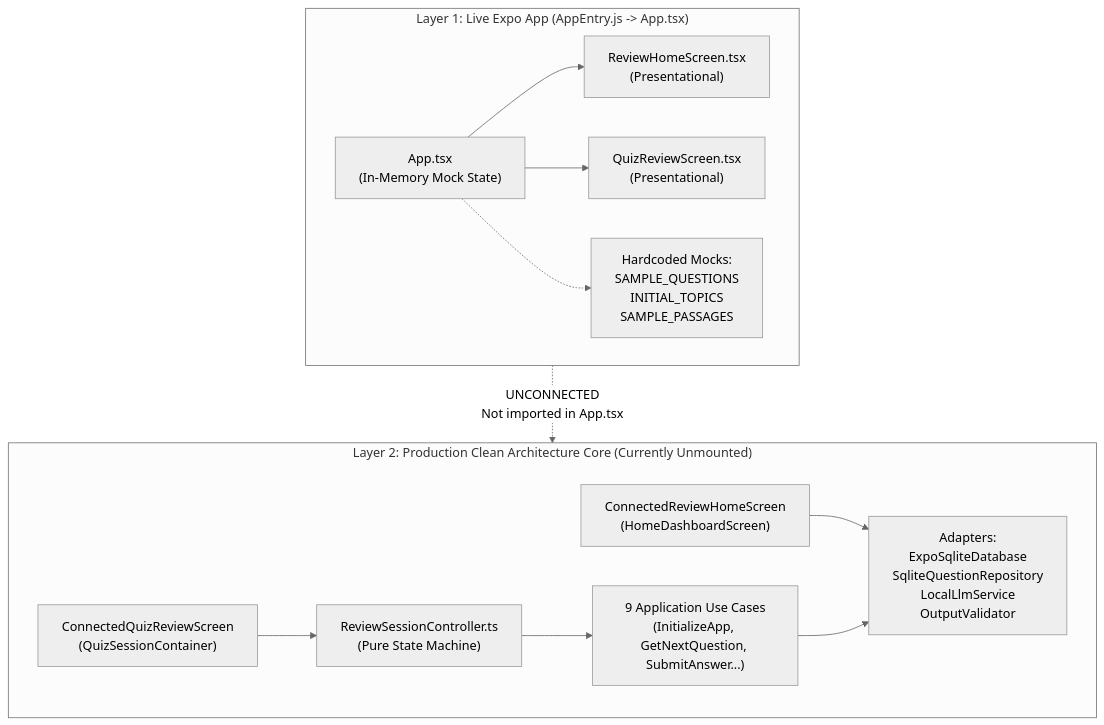
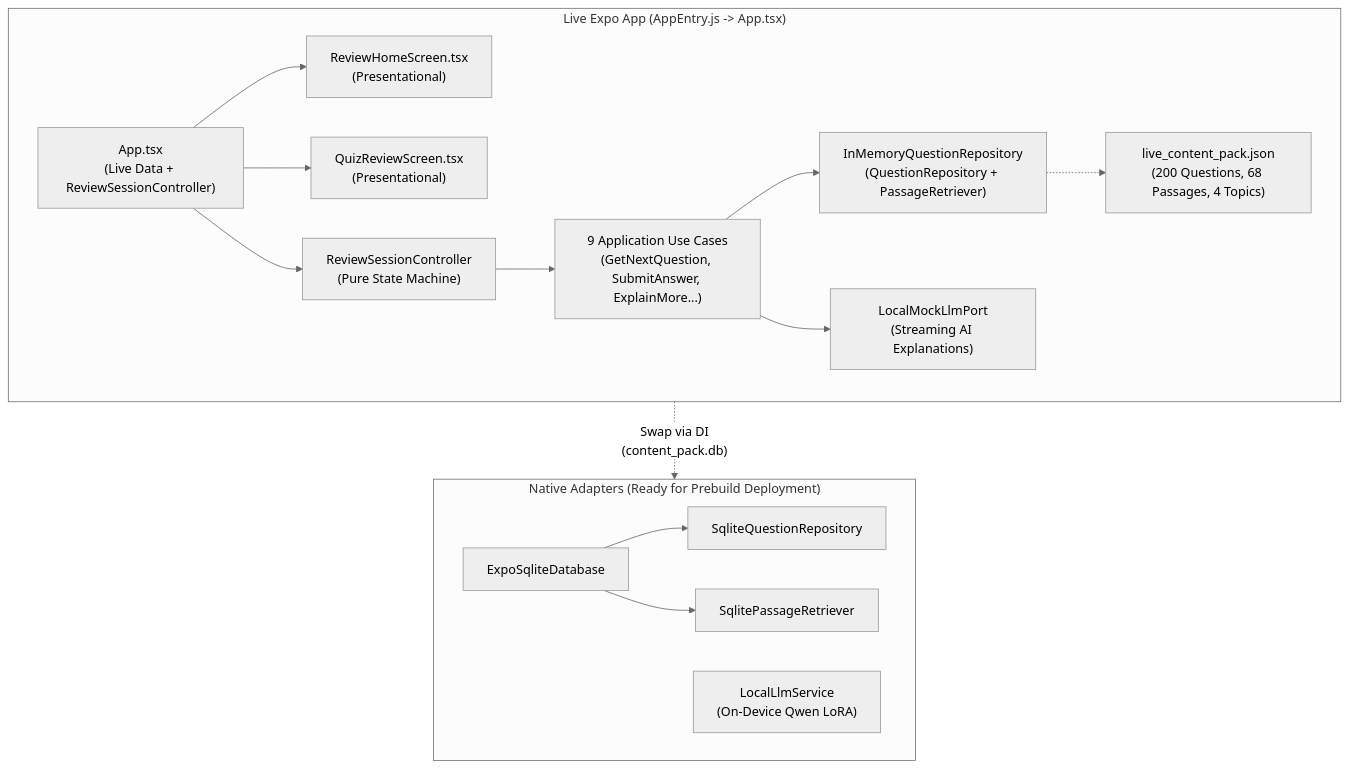
One commit to RaymundGerardReyes/Mobile_RAG changed the first of 2 diagrams in mobile/FRONTEND_LOGIC_DOCUMENTATION.md. Above: the diagram before and after it, drawn with Mermaid (neutral theme). The commit also changed other lines of this file and 12 other files, not shown here.

````diff
--- a/mobile/FRONTEND_LOGIC_DOCUMENTATION.md
+++ b/mobile/FRONTEND_LOGIC_DOCUMENTATION.md
@@ -23,27 +27,31 @@
 ```mermaid
 flowchart TD
-    subgraph LIVE_EXPO_RUNTIME["Layer 1: Live Expo App (AppEntry.js -> App.tsx)"]
-        APP["App.tsx\n(In-Memory Mock State)"]
+    subgraph LIVE_EXPO_RUNTIME["Live Expo App (AppEntry.js -> App.tsx)"]
+        APP["App.tsx\n(Live Data + ReviewSessionController)"]
         HOME_UI["ReviewHomeScreen.tsx\n(Presentational)"]
         QUIZ_UI["QuizReviewScreen.tsx\n(Presentational)"]
-        MOCK_DATA["Hardcoded Mocks:\nSAMPLE_QUESTIONS\nINITIAL_TOPICS\nSAMPLE_PASSAGES"]
+        LIVE_DATA["live_content_pack.json\n(200 Questions, 68 Passages, 4 Topics)"]
+        REPO["InMemoryQuestionRepository\n(QuestionRepository + PassageRetriever)"]
+        CTRL["ReviewSessionController\n(Pure State Machine)"]
+        USE_CASES["9 Application Use Cases\n(GetNextQuestion, SubmitAnswer, ExplainMore...)"]
+        LLM["LocalMockLlmPort\n(Streaming AI Explanations)"]
         APP --> HOME_UI
         APP --> QUIZ_UI
-        APP -.-> MOCK_DATA
+        APP --> CTRL
+        CTRL --> USE_CASES
+        USE_CASES --> REPO
+        USE_CASES --> LLM
+        REPO -.-> LIVE_DATA
     end
 
-    subgraph DISCONNECTED_PRODUCTION_CORE["Layer 2: Production Clean Architecture Core (Currently Unmounted)"]
-        CONN_HOME["ConnectedReviewHomeScreen\n(HomeDashboardScreen)"]
-        CONN_QUIZ["ConnectedQuizReviewScreen\n(QuizSessionContainer)"]
-        CTRL["ReviewSessionController.ts\n(Pure State Machine)"]
-        USE_CASES["9 Application Use Cases\n(InitializeApp, GetNextQuestion, SubmitAnswer...)"]
-        DATA_AI["Adapters:\nExpoSqliteDatabase\nSqliteQuestionRepository\nLocalLlmService\nOutputValidator"]
-
-        CONN_HOME --> DATA_AI
-        CONN_QUIZ --> CTRL
-        CTRL --> USE_CASES
-        USE_CASES --> DATA_AI
+    subgraph NATIVE_ADAPTERS["Native Adapters (Ready for Prebuild Deployment)"]
+        EXPO_DB["ExpoSqliteDatabase"]
+        SQL_REPO["SqliteQuestionRepository"]
+        SQL_PASS["SqlitePassageRetriever"]
+        LLM_SVC["LocalLlmService\n(On-Device Qwen LoRA)"]
+        EXPO_DB --> SQL_REPO
+        EXPO_DB --> SQL_PASS
     end
 
-    LIVE_EXPO_RUNTIME -.->|UNCONNECTED\nNot imported in App.tsx| DISCONNECTED_PRODUCTION_CORE
+    LIVE_EXPO_RUNTIME -.->|"Swap via DI\n(content_pack.db)"| NATIVE_ADAPTERS
 ```
````
